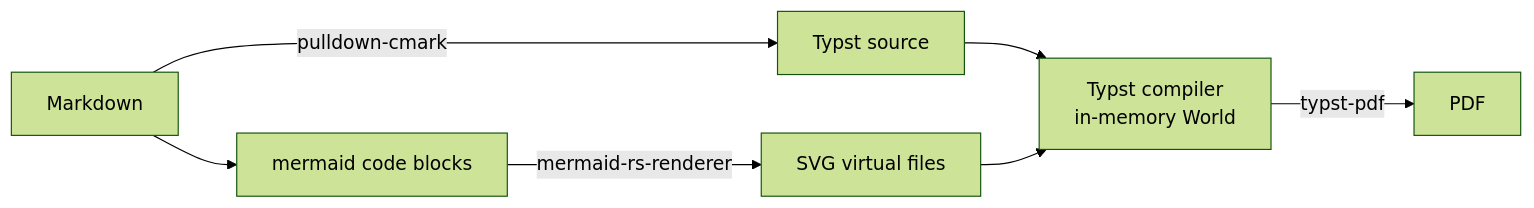
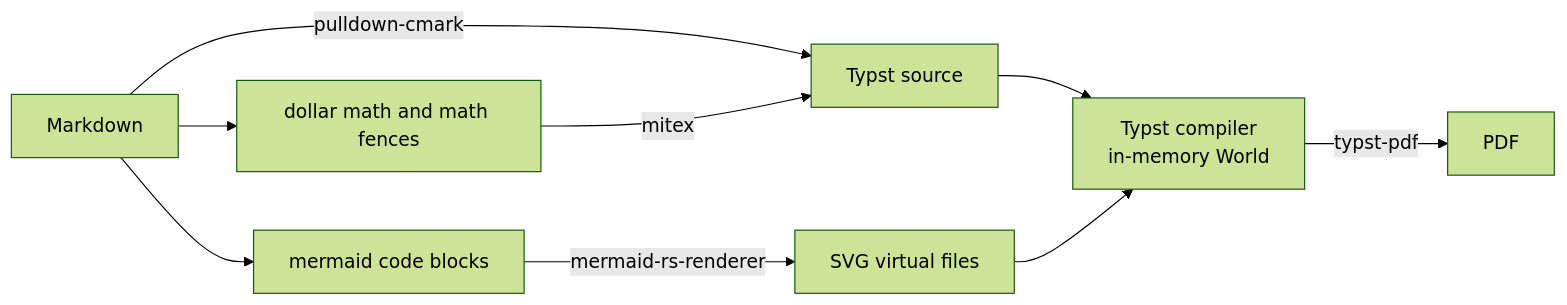
The diagram in README.md (turlapati/md2pdf), drawn with Mermaid (forest theme) before and after one commit. The commit also changed other lines of this file and 28 other files, not shown here.

````diff
--- a/README.md
+++ b/README.md
@@ -10,9 +11,11 @@
 ```mermaid
 flowchart LR
     MD[Markdown] -->|pulldown-cmark| TS[Typst source]
+    MD --> MX[dollar math and math fences]
+    MX -->|mitex| TS
     MD --> MF[mermaid code blocks]
     MF -->|mermaid-rs-renderer| SVG[SVG virtual files]
     TS --> TW[Typst compiler<br/>in-memory World]
     SVG --> TW
     TW -->|typst-pdf| PDF[PDF]
 ```
````
